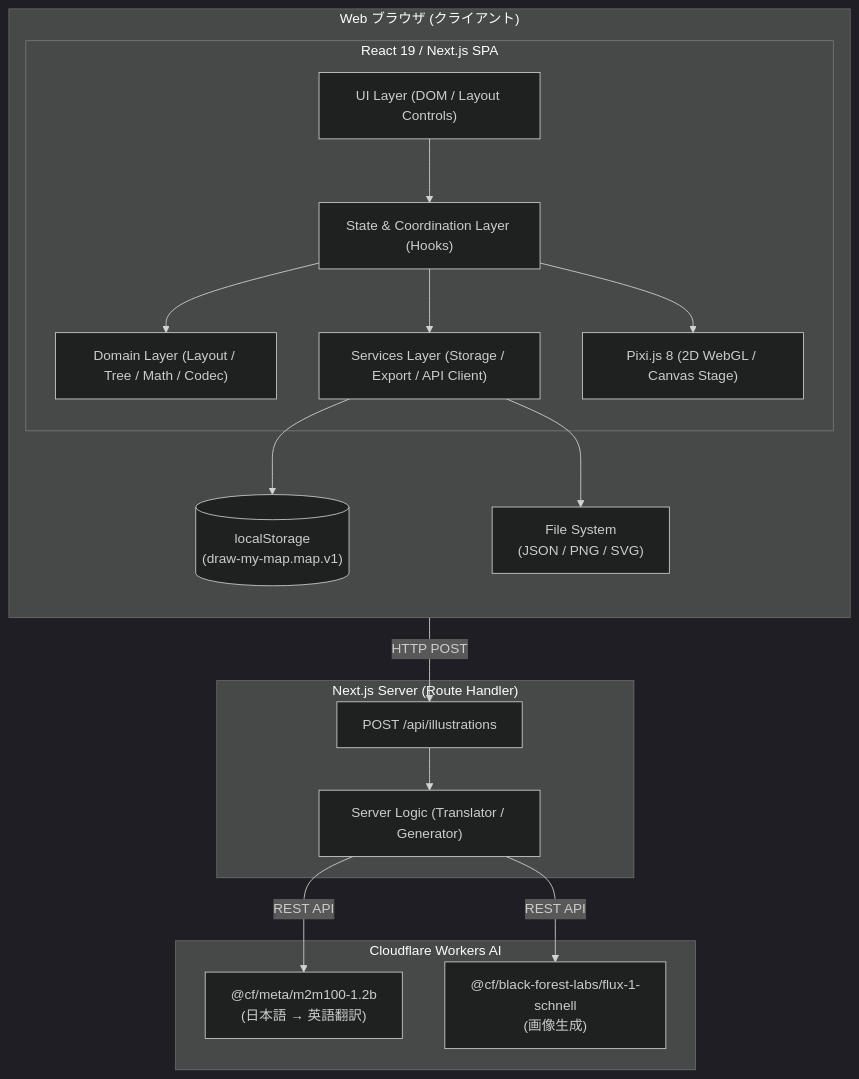
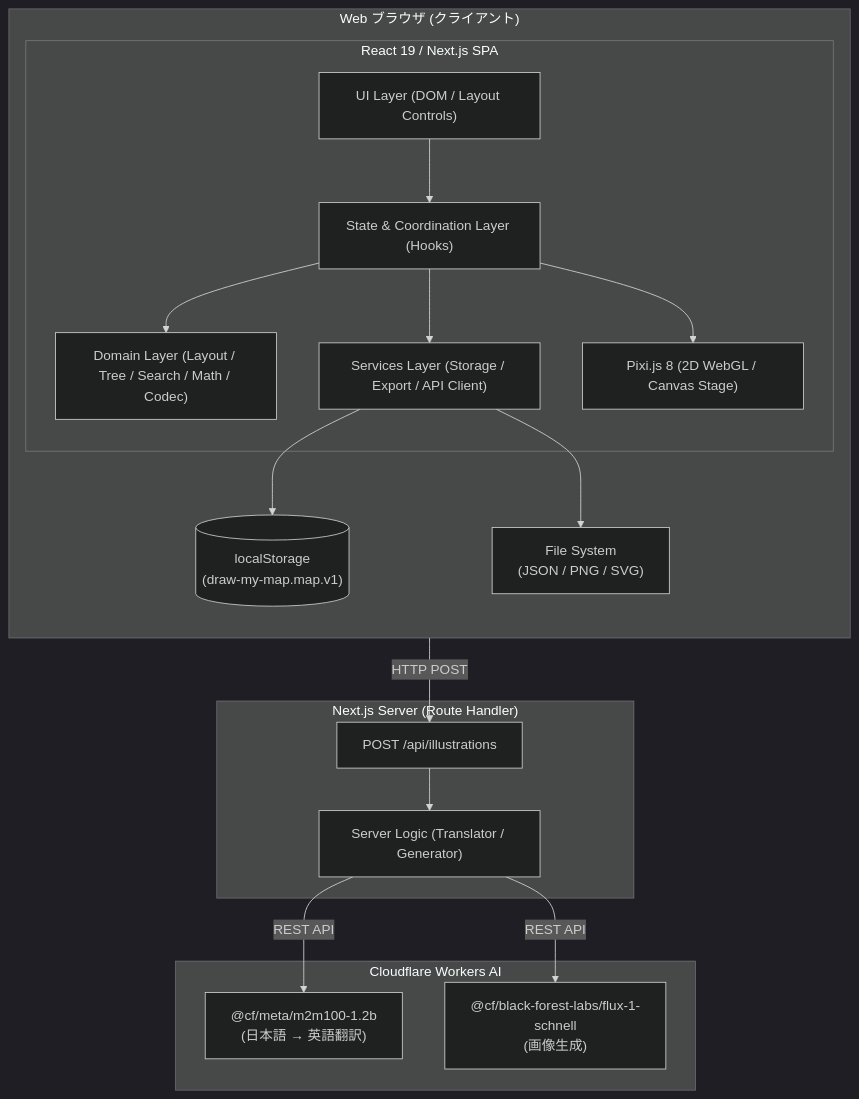
One commit to poteto317/draw-my-map changed the first of 7 diagrams in docs/architecture/overview.md. Above: the diagram before and after it, drawn with Mermaid (dark theme). The commit also changed other lines of this file and 6 other files, not shown here.

````diff
--- a/docs/architecture/overview.md
+++ b/docs/architecture/overview.md
@@ -16,37 +16,37 @@
 ```mermaid
 graph TD
     subgraph Browser ["Web ブラウザ (クライアント)"]
         direction TB
         subgraph ReactApp ["React 19 / Next.js SPA"]
             UI["UI Layer (DOM / Layout Controls)"]
             State["State & Coordination Layer (Hooks)"]
             Services["Services Layer (Storage / Export / API Client)"]
-            Domain["Domain Layer (Layout / Tree / Math / Codec)"]
+            Domain["Domain Layer (Layout / Tree / Search / Math / Codec)"]
             PixiApp["Pixi.js 8 (2D WebGL / Canvas Stage)"]
         end
         LocalStorage[("localStorage<br/>(draw-my-map.map.v1)")]
         FileIO["File System<br/>(JSON / PNG / SVG)"]
     end
 
     subgraph Server ["Next.js Server (Route Handler)"]
         RouteHandler["POST /api/illustrations"]
         ServerDomain["Server Logic (Translator / Generator)"]
     end
 
     subgraph Cloudflare ["Cloudflare Workers AI"]
         TranslationModel["@cf/meta/m2m100-1.2b<br/>(日本語 → 英語翻訳)"]
         ImageModel["@cf/black-forest-labs/flux-1-schnell<br/>(画像生成)"]
     end
 
     UI --> State
     State --> Domain
     State --> Services
     State --> PixiApp
     Services --> LocalStorage
     Services --> FileIO
     Services -->|HTTP POST| RouteHandler
 
     RouteHandler --> ServerDomain
     ServerDomain -->|REST API| TranslationModel
     ServerDomain -->|REST API| ImageModel
 ```
````
